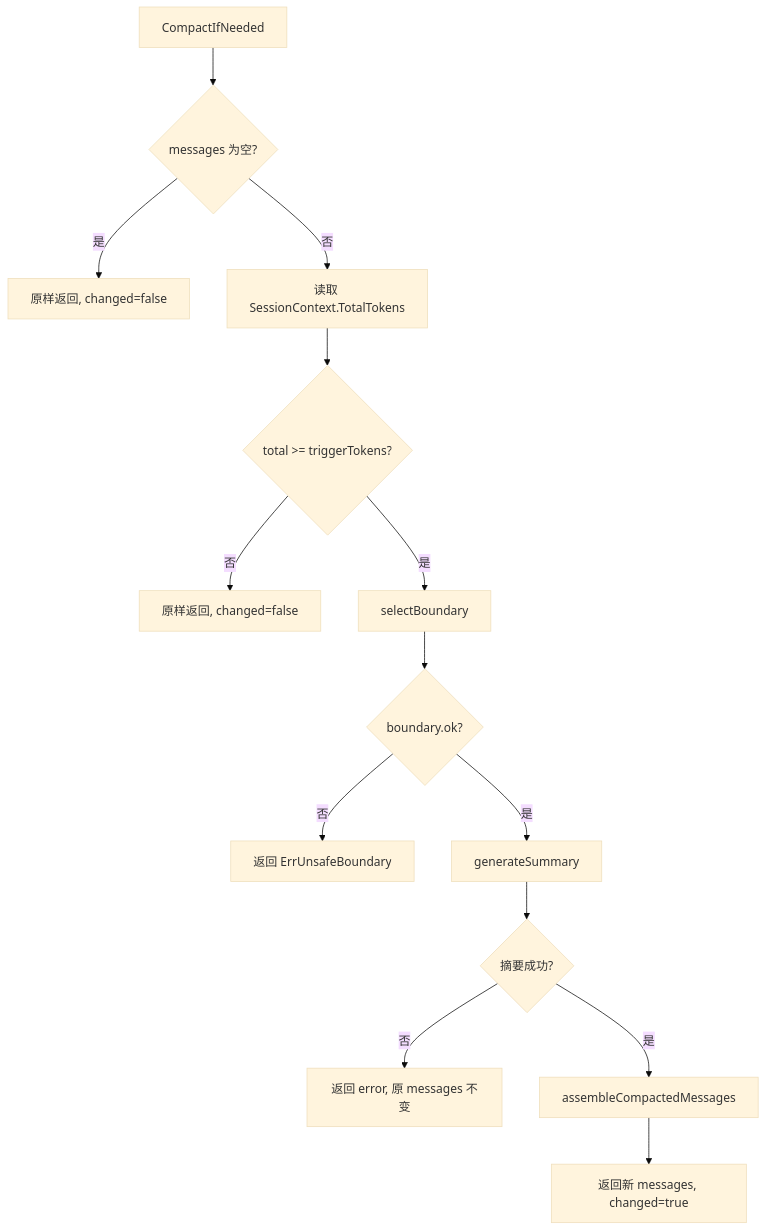
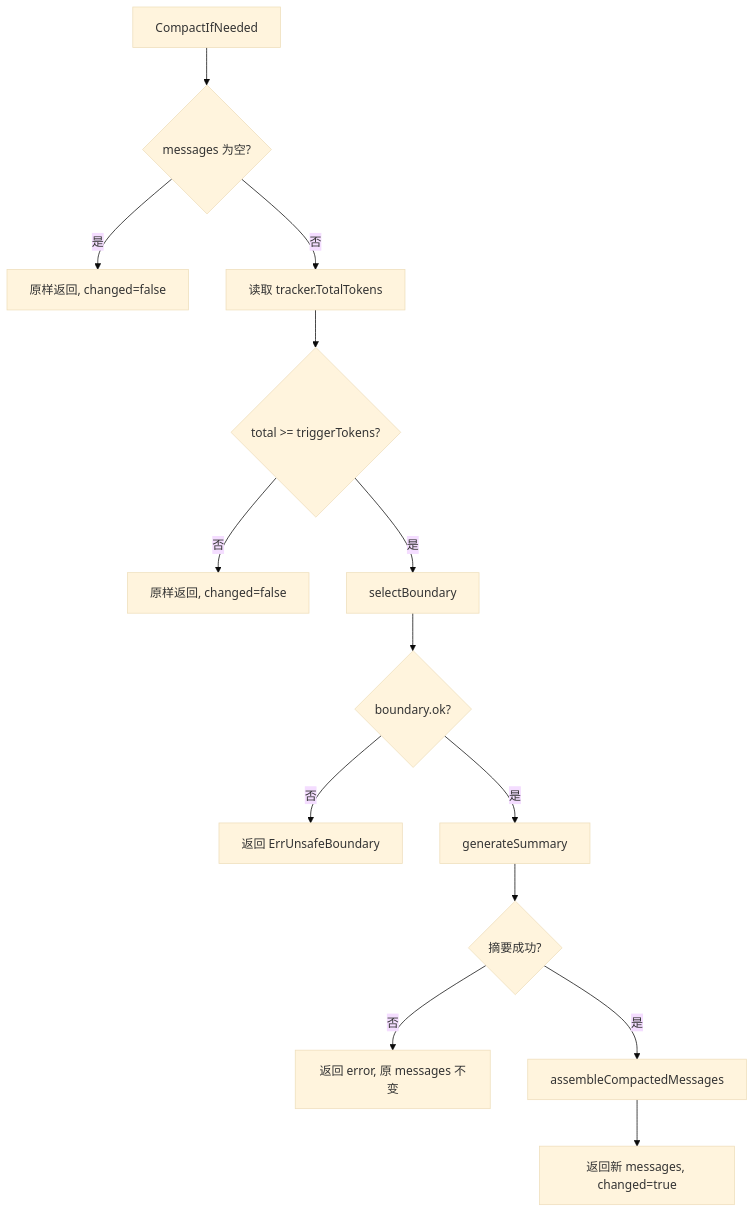
One commit to HappyLadySauce/HappyLadySauceCLI changed the first of 2 diagrams in internal/context/compact/README.md. Above: the diagram before and after it, drawn with Mermaid (base theme). The commit also changed other lines of this file and 20 other files, not shown here.

````diff
--- a/internal/context/compact/README.md
+++ b/internal/context/compact/README.md
@@ -11,16 +11,16 @@
 ```mermaid
 flowchart TD
     A[CompactIfNeeded] --> B{messages 为空?}
     B -->|是| Z1[原样返回, changed=false]
-    B -->|否| C[读取 SessionContext.TotalTokens]
+    B -->|否| C[读取 tracker.TotalTokens]
     C --> D{total >= triggerTokens?}
     D -->|否| Z2[原样返回, changed=false]
     D -->|是| E[selectBoundary]
     E --> F{boundary.ok?}
     F -->|否| Z3[返回 ErrUnsafeBoundary]
     F -->|是| G[generateSummary]
     G --> H{摘要成功?}
     H -->|否| Z4[返回 error, 原 messages 不变]
     H -->|是| I[assembleCompactedMessages]
     I --> Z5[返回新 messages, changed=true]
 ```
````
